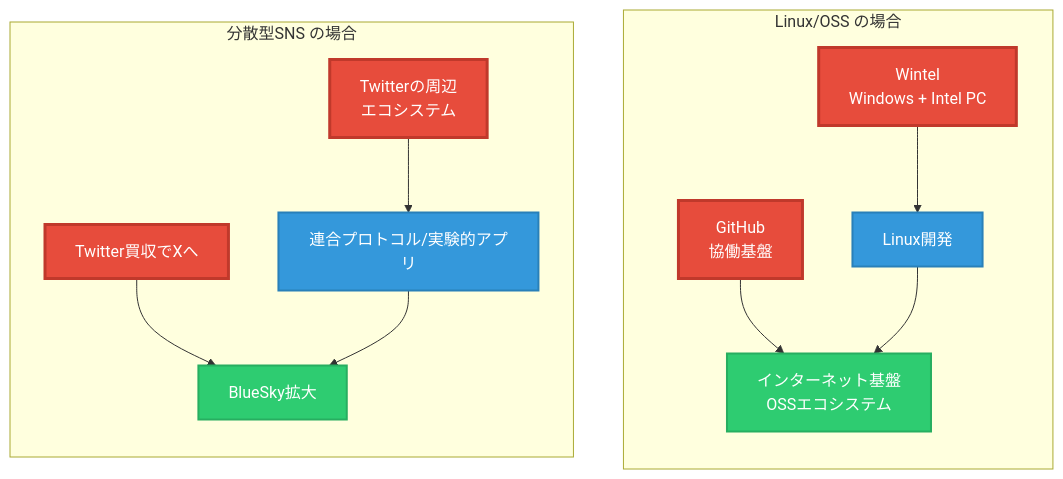
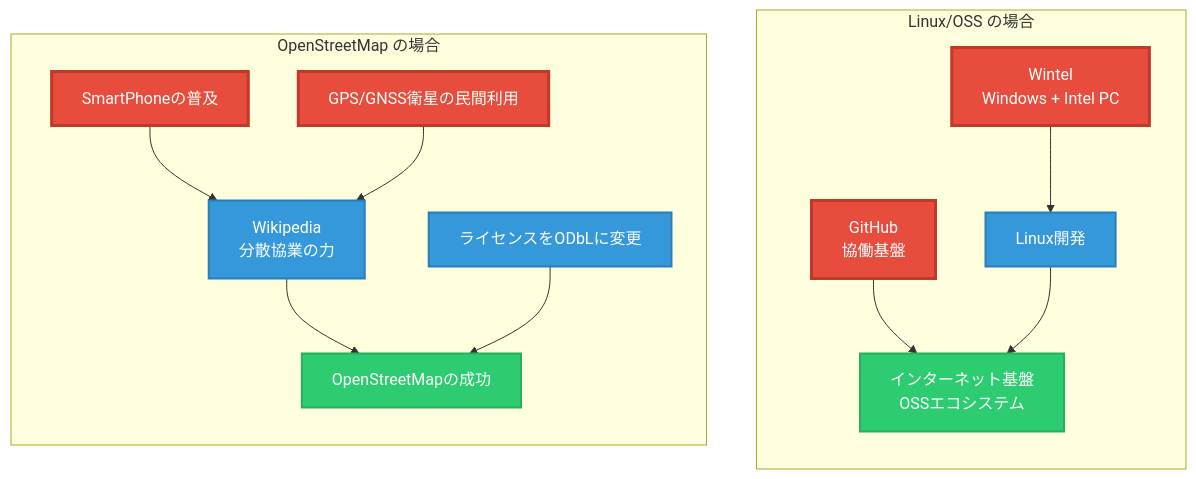
One commit to miurahr/kof2025-keynote-open-collaboration changed the second of 3 diagrams in slide/index.md. Above: the diagram before and after it, drawn with Mermaid. The commit also changed other lines of this file, not shown here.

Commit message:
Expand and refine slide content: update diagrams to introduce OpenStreetMap context, adjust subgraph details, and enhance AI section with scaling insights.

```diff
--- a/slide/index.md
+++ b/slide/index.md
@@ -351,22 +351,24 @@
 <div class="mermaid">
     flowchart TB
         subgraph Linux/OSS["Linux/OSS の場合"]
             direction TB
             W[Wintel<br/>Windows + Intel PC]:::giant
             G[GitHub<br/>協働基盤]:::giant
             W --> L[Linux開発]:::open
             G --> I
             L --> I[インターネット基盤<br>OSSエコシステム]:::result
         end
-        subgraph SNS["分散型SNS の場合"]
+        subgraph SNS["OpenStreetMap の場合"]
             direction TB
-            T[Twitterの周辺<br/>エコシステム]:::giant
-            X[Twitter買収でXへ]:::giant
-            T --> B[連合プロトコル/実験的アプリ]:::open
-            X --> E1
-            B --> E1[BlueSky拡大]:::result
+            G2[GPS/GNSS衛星の民間利用]:::giant
+            S2[SmartPhoneの普及]:::giant
+            S2 --> W2[Wikipedia<br/>分散協業の力]:::open
+            G2 --> W2
+            L2[ライセンスをODbLに変更]:::open
+            W2 --> E1[OpenStreetMapの成功]:::result
+            L2 --> E1
         end
         classDef giant fill:#e74c3c,stroke:#c0392b,stroke-width:3px,color:#fff;
         classDef open fill:#3498db,stroke:#2980b9,stroke-width:2px,color:#fff;
         classDef result fill:#2ecc71,stroke:#27ae60,stroke-width:2px,color:#fff;
 </div>
```
